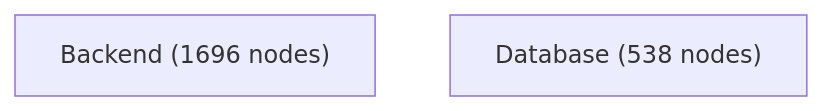
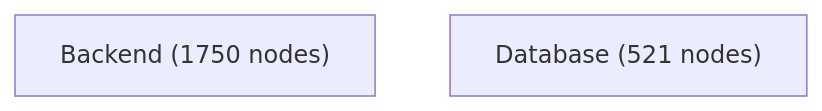
One commit to jankneumann/agentic-coding-tools changed the first of 4 diagrams in docs/architecture-analysis/architecture.report.md. Above: the diagram before and after it, drawn with Mermaid. The commit also changed other lines of this file and 10 other files, not shown here.

First line of the commit message:
chore(architecture): refresh architecture analysis artifacts

````diff
--- a/docs/architecture-analysis/architecture.report.md
+++ b/docs/architecture-analysis/architecture.report.md
@@ -530,5 +541,5 @@
 ```mermaid
 flowchart TB
-    Backend["Backend (1696 nodes)"]
-    Database["Database (538 nodes)"]
+    Backend["Backend (1750 nodes)"]
+    Database["Database (521 nodes)"]
 ```
````
